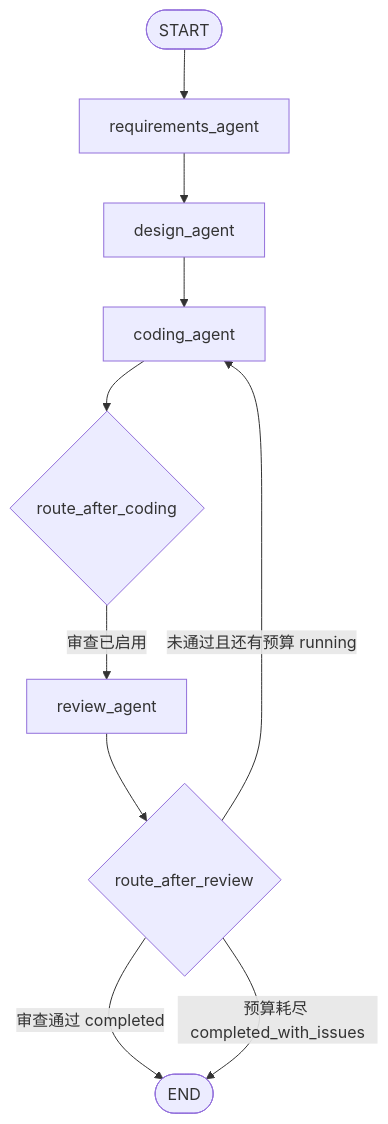
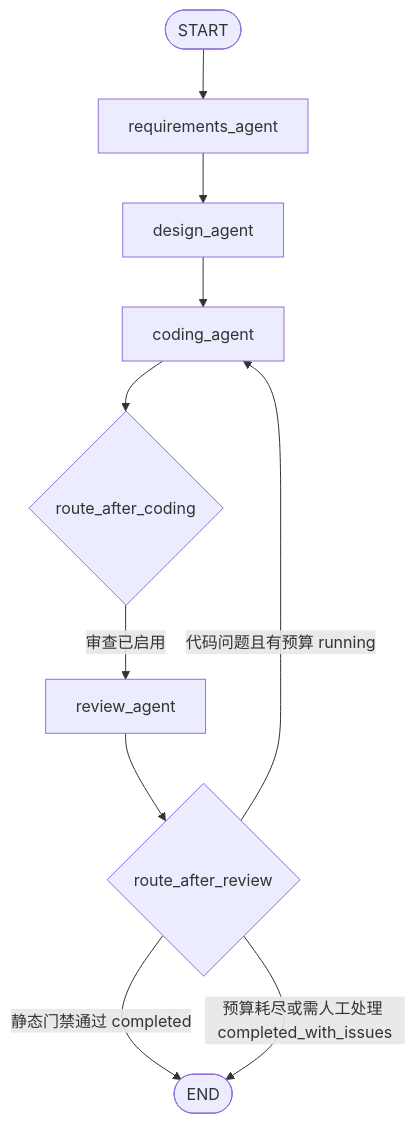
The second of 3 diagrams in docs/workflow.md (eee65865-beep/Agentv2), drawn with Mermaid before and after one commit. The commit also changed other lines of this file and 69 other files, not shown here.

````diff
--- a/docs/workflow.md
+++ b/docs/workflow.md
@@ -19,12 +19,12 @@
 ```mermaid
 flowchart TD
     S([START]) --> R[requirements_agent]
     R --> D[design_agent]
     D --> C[coding_agent]
     C --> AC{route_after_coding}
     AC -->|审查已启用| V[review_agent]
     V --> AR{route_after_review}
-    AR -->|审查通过 completed| E([END])
-    AR -->|未通过且还有预算 running| C
-    AR -->|预算耗尽 completed_with_issues| E
+    AR -->|静态门禁通过 completed| E([END])
+    AR -->|代码问题且有预算 running| C
+    AR -->|预算耗尽或需人工处理 completed_with_issues| E
 ```
````
